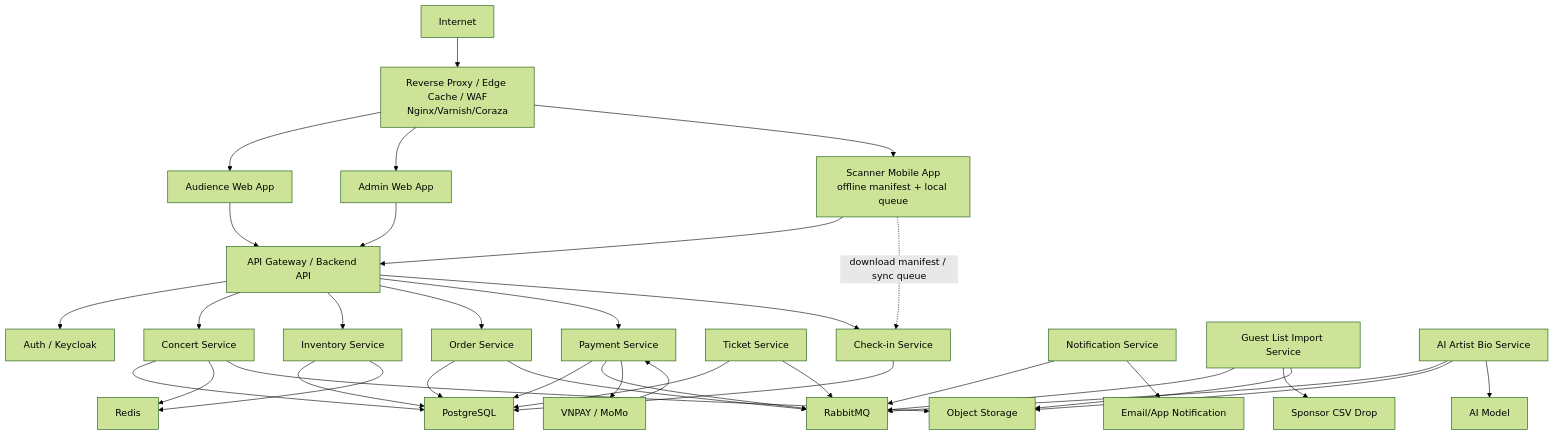
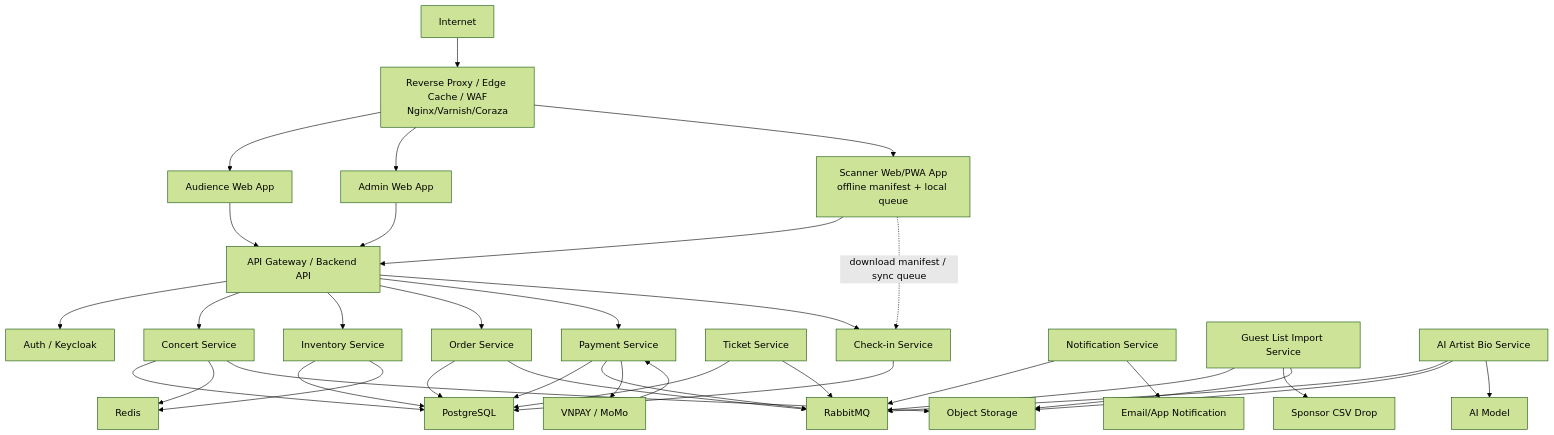
The first of 2 diagrams in docs/blueprint/03-high-level-architecture.md (Toanapr/ticket-box), drawn with Mermaid (forest theme) before and after one commit. The commit also changed other lines of this file and 6 other files, not shown here.

Commit message:
docs: update system design and architecture documentation to reflect Scanner Web/PWA App changes

````diff
--- a/docs/blueprint/03-high-level-architecture.md
+++ b/docs/blueprint/03-high-level-architecture.md
@@ -7,74 +7,74 @@
 ```mermaid
 flowchart TD
     Internet["Internet"]
     Edge["Reverse Proxy / Edge Cache / WAF<br/>Nginx/Varnish/Coraza"]
     Gateway["API Gateway / Backend API"]
 
     AudienceWeb["Audience Web App"]
     AdminWeb["Admin Web App"]
-    ScannerApp["Scanner Mobile App<br/>offline manifest + local queue"]
+    ScannerApp["Scanner Web/PWA App<br/>offline manifest + local queue"]
 
     Auth["Auth / Keycloak"]
     Concert["Concert Service"]
     Inventory["Inventory Service"]
     Order["Order Service"]
     PaymentSvc["Payment Service"]
     Ticket["Ticket Service"]
     Checkin["Check-in Service"]
     Notify["Notification Service"]
     GuestImport["Guest List Import Service"]
     AIBio["AI Artist Bio Service"]
 
     Postgres["PostgreSQL"]
     Redis["Redis"]
     RabbitMQ["RabbitMQ"]
     Storage["Object Storage"]
 
     PaymentGateway["VNPAY / MoMo"]
     AIModel["AI Model"]
     CSVSource["Sponsor CSV Drop"]
     EmailProvider["Email/App Notification"]
 
     Internet --> Edge
     Edge --> AudienceWeb
     Edge --> AdminWeb
     Edge --> ScannerApp
 
     AudienceWeb --> Gateway
     AdminWeb --> Gateway
     ScannerApp --> Gateway
 
     Gateway --> Auth
     Gateway --> Concert
     Gateway --> Inventory
     Gateway --> Order
     Gateway --> PaymentSvc
     Gateway --> Checkin
 
     Concert --> Postgres
     Concert --> Redis
     Concert --> Storage
     Inventory --> Postgres
     Inventory --> Redis
     Order --> Postgres
     PaymentSvc --> Postgres
     Ticket --> Postgres
     Checkin --> Postgres
 
     Order --> RabbitMQ
     PaymentSvc --> RabbitMQ
     Ticket --> RabbitMQ
     GuestImport --> RabbitMQ
     AIBio --> RabbitMQ
     Notify --> RabbitMQ
 
     PaymentSvc --> PaymentGateway
     PaymentGateway --> PaymentSvc
     Notify --> EmailProvider
     GuestImport --> CSVSource
     GuestImport --> Storage
     AIBio --> Storage
     AIBio --> AIModel
 
     ScannerApp -. "download manifest / sync queue" .-> Checkin
 ```
````
